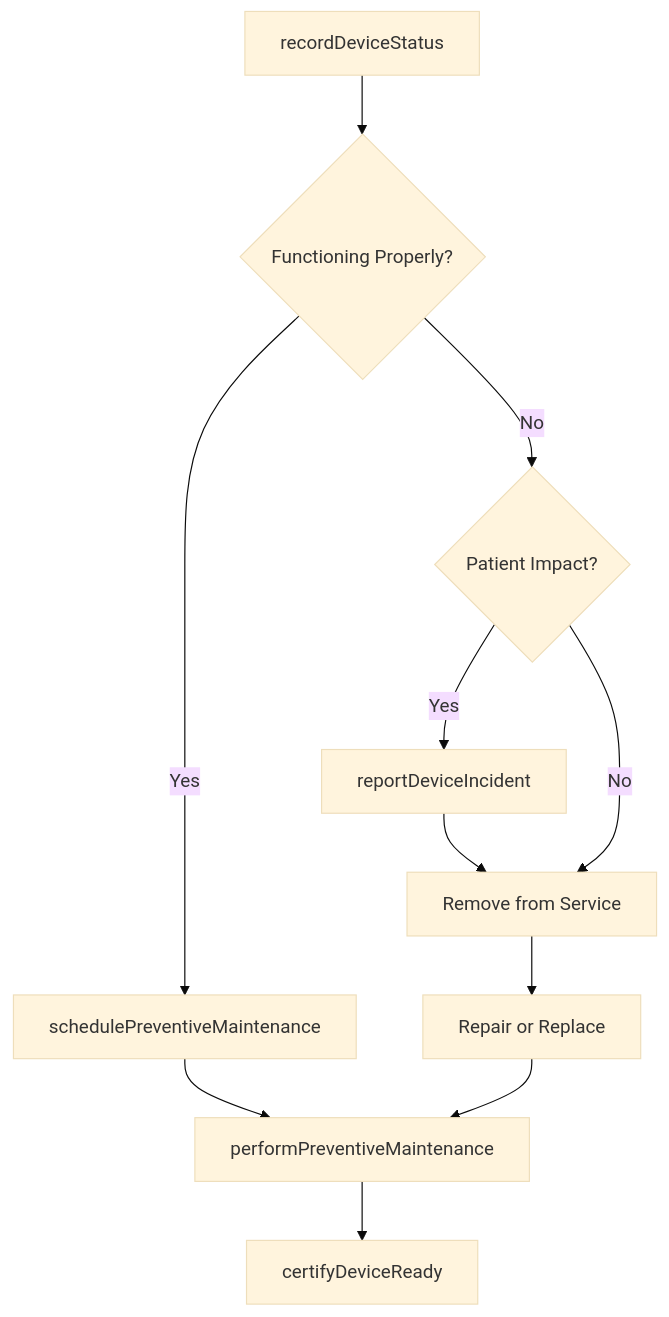
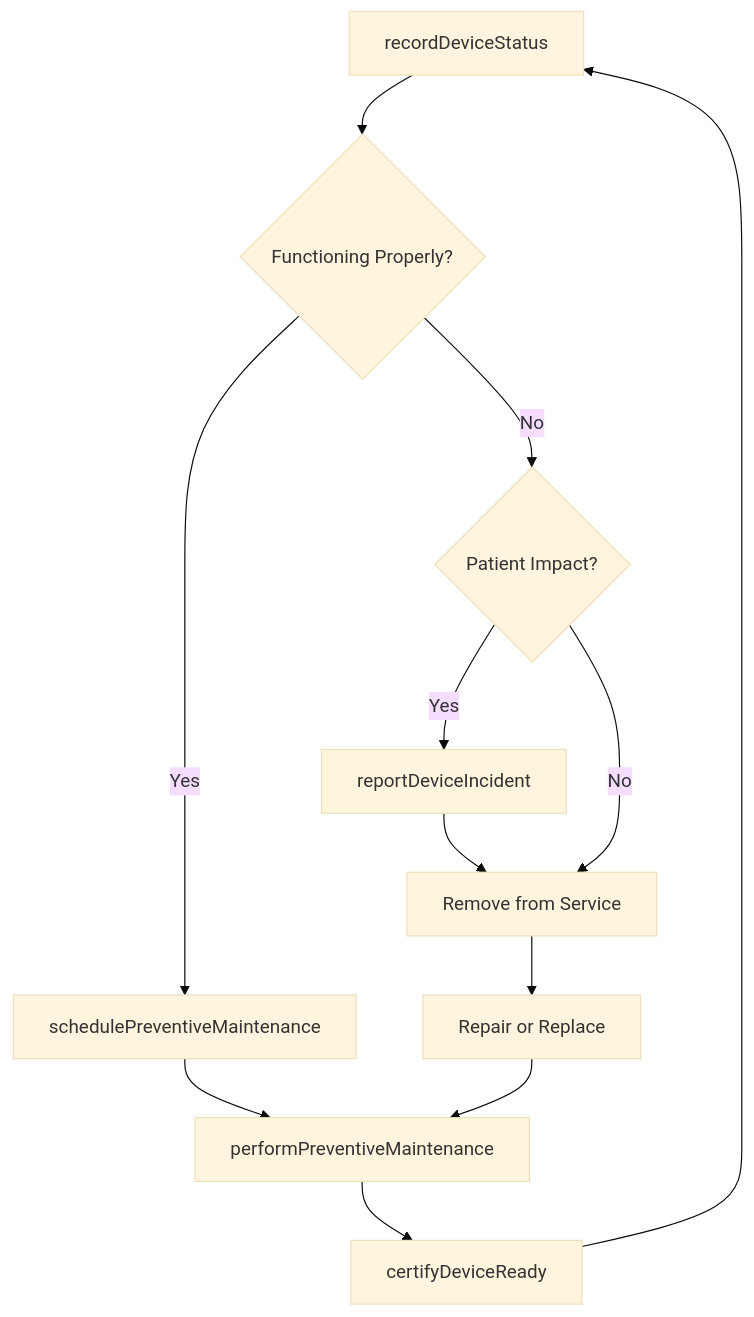
One commit to dot-org-ai/tasks.org.ai changed the third of 4 diagrams in MonitoringProcessesMaterialsOrSurroundings/MonitorEquipmentOperation/MonitorMedicalEquipmentEnsureProper.mdx. Above: the diagram before and after it, drawn with Mermaid (base theme). The commit also changed other lines of this file and 504 other files, not shown here.

First line of the commit message:
feat: Add ER diagrams, state diagrams, and workflow improvements to 96 DWA task files

````diff
--- a/MonitoringProcessesMaterialsOrSurroundings/MonitorEquipmentOperation/MonitorMedicalEquipmentEnsureProper.mdx
+++ b/MonitoringProcessesMaterialsOrSurroundings/MonitorEquipmentOperation/MonitorMedicalEquipmentEnsureProper.mdx
@@ -87,13 +118,14 @@
 ```mermaid
 graph TD
     A[recordDeviceStatus] --> B{Functioning Properly?}
     B -->|Yes| C[schedulePreventiveMaintenance]
     C --> D[performPreventiveMaintenance]
     D --> E[certifyDeviceReady]
     B -->|No| F{Patient Impact?}
     F -->|Yes| G[reportDeviceIncident]
     G --> H[Remove from Service]
     F -->|No| H
     H --> I[Repair or Replace]
     I --> D
+    E --> A
 ```
````
